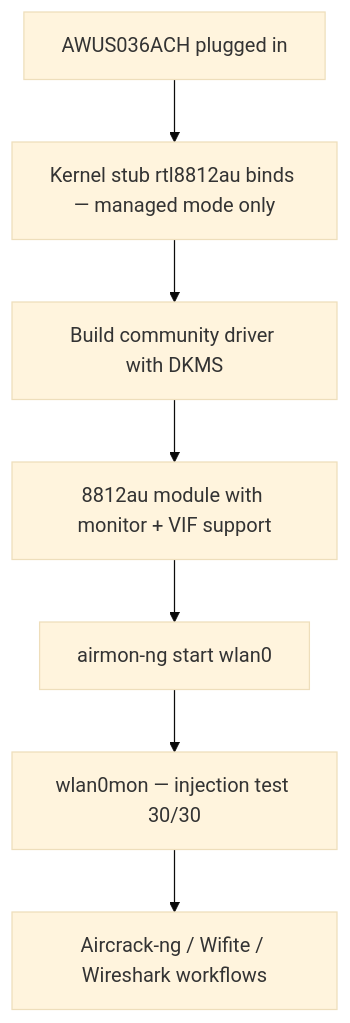
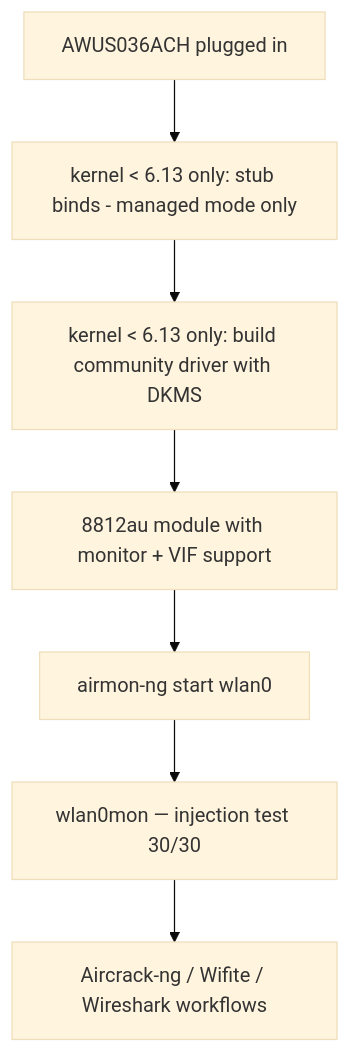
Before and after one commit to yopitek/yupitek-wiki: the diagram in i18n/zh-TW/docusaurus-plugin-content-docs/current/01-alfa-network/drivers/rtl8812au/index.md, drawn with Mermaid (base theme). The commit also changed other lines of this file and 108 other files, not shown here.

````diff
--- a/i18n/zh-TW/docusaurus-plugin-content-docs/current/01-alfa-network/drivers/rtl8812au/index.md
+++ b/i18n/zh-TW/docusaurus-plugin-content-docs/current/01-alfa-network/drivers/rtl8812au/index.md
@@ -20,9 +35,9 @@
 ```mermaid
 flowchart TD
-    A["AWUS036ACH plugged in"] --> B["Kernel stub rtl8812au binds — managed mode only"]
-    B --> C["Build community driver with DKMS"]
+    A["AWUS036ACH plugged in"] --> B["kernel < 6.13 only: stub binds - managed mode only"]
+    B --> C["kernel < 6.13 only: build community driver with DKMS"]
     C --> D["8812au module with monitor + VIF support"]
     D --> E["airmon-ng start wlan0"]
     E --> F["wlan0mon — injection test 30/30"]
     F --> G["Aircrack-ng / Wifite / Wireshark workflows"]
 ```
````
